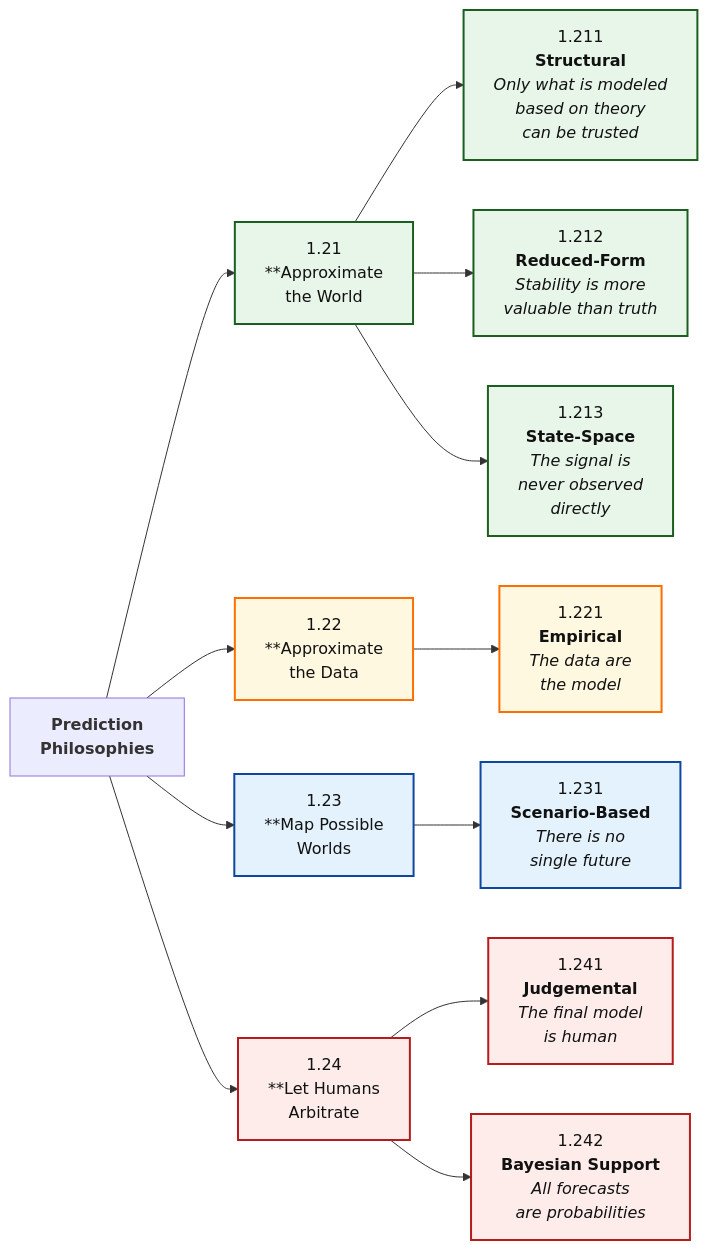
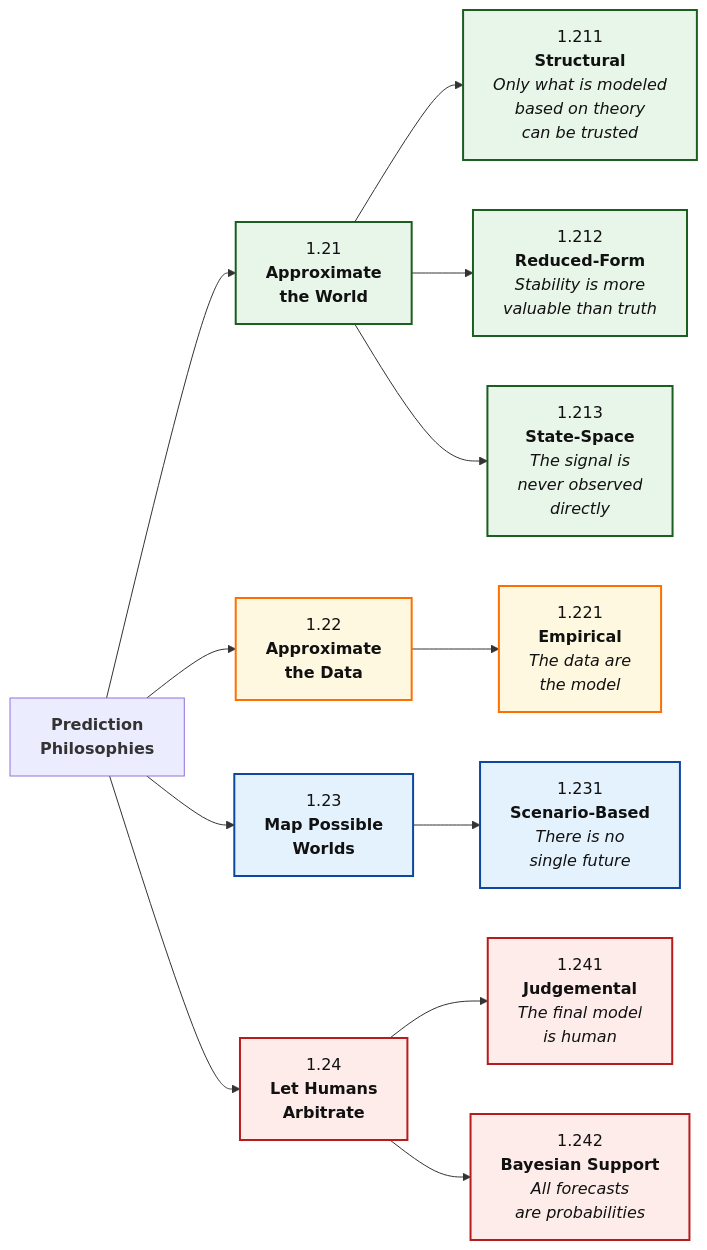
The diagram in articles-posts/predictive-model-evaluation-framework.md (Tellusant/docs), drawn with Mermaid before and after one commit.

```diff
--- a/articles-posts/predictive-model-evaluation-framework.md
+++ b/articles-posts/predictive-model-evaluation-framework.md
@@ -25,42 +25,42 @@
 <div class="mermaid">
   
 flowchart LR
 
 %% ========= NODES =========
 P["`**Prediction**<br/>**Philosophies**`"]:::none
 
-AW["`1.21<br/>**Approximate<br/>the World`"]:::strong
-AD["`1.22<br/>**Approximate<br/>the Data`"]:::mixed
-PW["`1.23<br/>**Map Possible<br/>Worlds`"]:::neutral
-HA["`1.24<br/>**Let Humans<br/>Arbitrate`"]:::risk
+AW["`1.21<br/>**Approximate<br/>the World**`"]:::strong
+AD["`1.22<br/>**Approximate<br/>the Data**`"]:::mixed
+PW["`1.23<br/>**Map Possible<br/>Worlds**`"]:::neutral
+HA["`1.24<br/>**Let Humans<br/>Arbitrate**`"]:::risk
 
 STR["`1.211<br/>**Structural**<br/>*Only what is modeled<br/>based on theory<br/>can be trusted*`"]:::strong
 RED["`1.212<br/>**Reduced-Form**<br/>*Stability is more<br/>valuable than truth*`"]:::strong
 STA["`1.213<br/>**State-Space**<br/>*The signal is<br/>never observed<br/>directly*`"]:::strong
 EMP["`1.221<br/>**Empirical**<br/>*The data are<br/>the model*`"]:::mixed
 SCE["`1.231<br/>**Scenario-Based**<br/>*There is no<br/>single future*`"]:::neutral
 JUD["`1.241<br/>**Judgemental**<br/>*The final model<br/>is human*`"]:::risk
 BAY["`1.242<br/>**Bayesian Support**<br/>*All forecasts<br/>are probabilities*`"]:::risk
 
 %% ========= RELATIONSHIPS =========
 P --> AW
 P --> AD
 P --> PW
 P --> HA
 AW --> STR
 AW --> RED
 AW --> STA
 AD --> EMP
 PW --> SCE
 HA --> JUD
 HA --> BAY
 
 %% ========= STYLES =========
 classDef strong  fill:#E8F5E9,stroke:#1B5E20,stroke-width:2px,color:#111;
 classDef neutral fill:#E3F2FD,stroke:#0D47A1,stroke-width:2px,color:#111;
 classDef mixed   fill:#FFF8E1,stroke:#FF6F00,stroke-width:2px,color:#111;
 classDef risk    fill:#FDECEA,stroke:#B71C1C,stroke-width:2px,color:#111;
 classDef summary fill:#F5F5F5,stroke:#424242,stroke-width:2px,color:#111;
 classDef anchor fill:transparent,stroke:transparent;
 
 </div>
```
